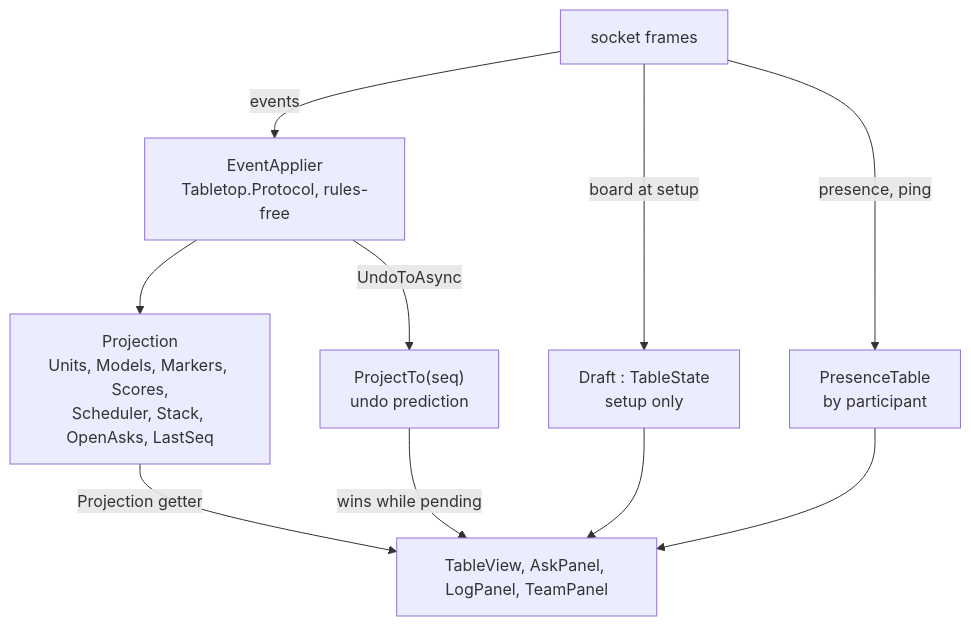
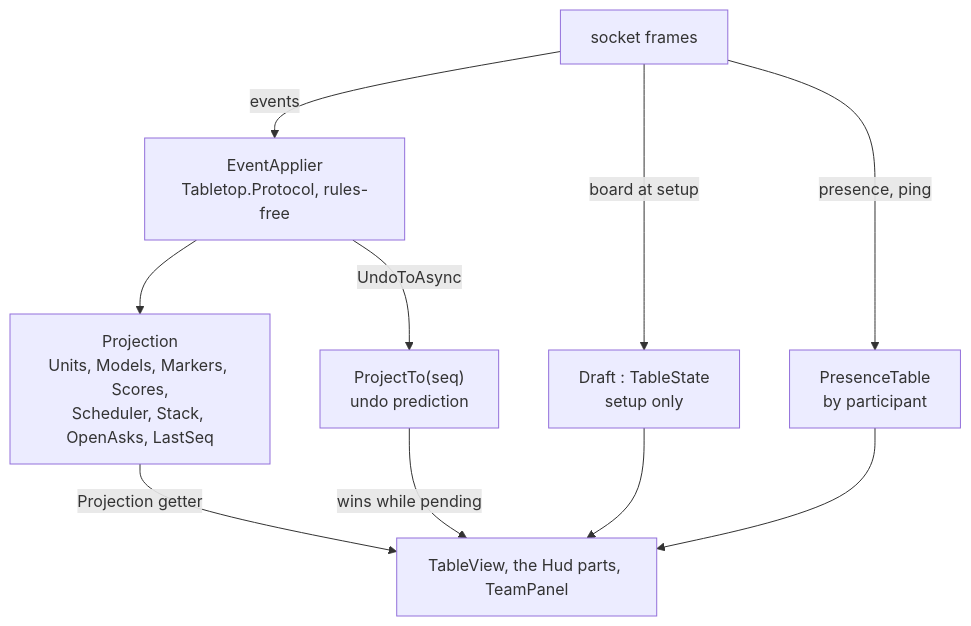
The fourth of 13 diagrams in docs/design/client/design.md (cstupi/tabletop), drawn with Mermaid before and after one commit. The commit also changed other lines of this file and 10 other files, not shown here.

````diff
--- a/docs/design/client/design.md
+++ b/docs/design/client/design.md
@@ -320,20 +319,20 @@
 ```mermaid
 flowchart TD
   frames["socket frames"]
   applier["EventApplier<br/>Tabletop.Protocol, rules-free"]
   proj["Projection<br/>Units, Models, Markers, Scores,<br/>Scheduler, Stack, OpenAsks, LastSeq"]
   pred["ProjectTo(seq)<br/>undo prediction"]
   draft["Draft : TableState<br/>setup only"]
   presence["PresenceTable<br/>by participant"]
-  view["TableView, AskPanel, LogPanel, TeamPanel"]
+  view["TableView, the Hud parts, TeamPanel"]
 
   frames -- "events" --> applier
   applier --> proj
   applier -- "UndoToAsync" --> pred
   frames -- "board at setup" --> draft
   frames -- "presence, ping" --> presence
   proj -- "Projection getter" --> view
   pred -- "wins while pending" --> view
   draft --> view
   presence --> view
 ```
````
